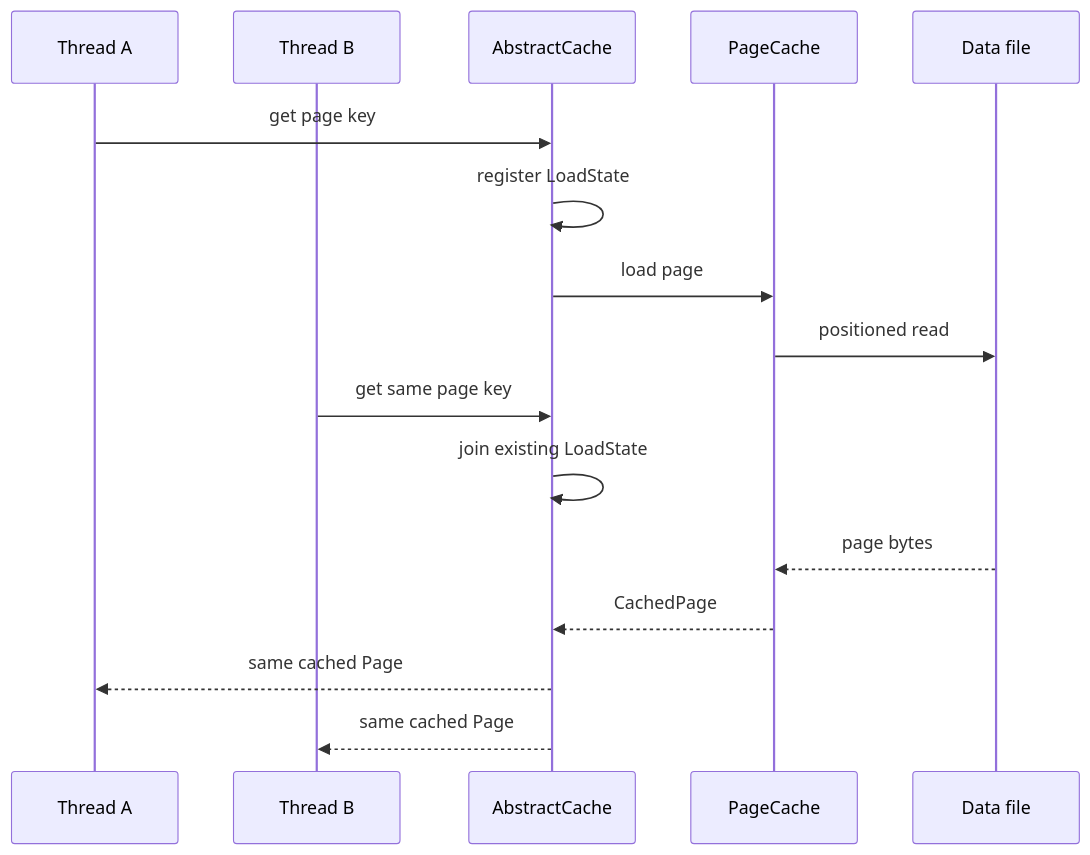
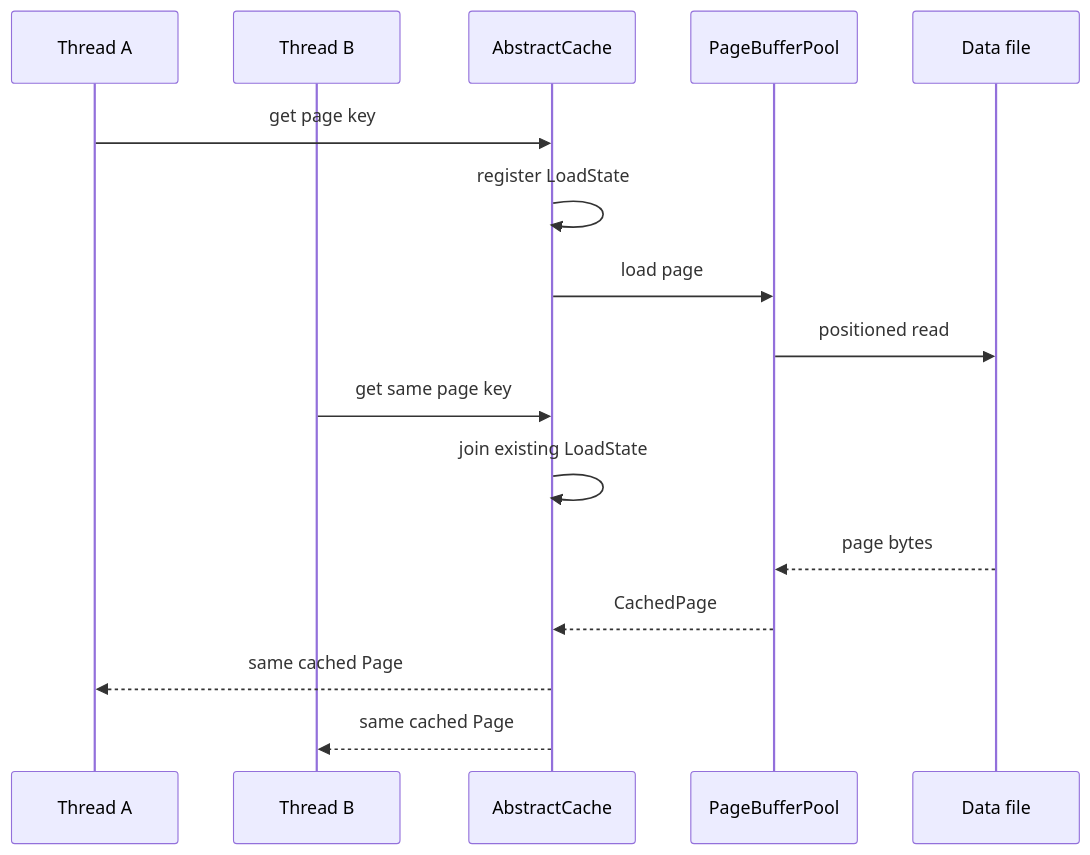
Before and after one commit to SarekCuimian/minisql: the sixth of 8 diagrams in docs/architecture/06-runtime.md, drawn with Mermaid. The commit also changed other lines of this file and 49 other files, not shown here.

````diff
--- a/docs/architecture/06-runtime.md
+++ b/docs/architecture/06-runtime.md
@@ -139,19 +145,19 @@
 ```mermaid
 sequenceDiagram
     participant A as Thread A
     participant B as Thread B
     participant C as AbstractCache
-    participant P as PageCache
+    participant P as PageBufferPool
     participant F as Data file
 
     A->>C: get page key
     C->>C: register LoadState
     C->>P: load page
     P->>F: positioned read
     B->>C: get same page key
     C->>C: join existing LoadState
     F-->>P: page bytes
     P-->>C: CachedPage
     C-->>A: same cached Page
     C-->>B: same cached Page
 ```
````
